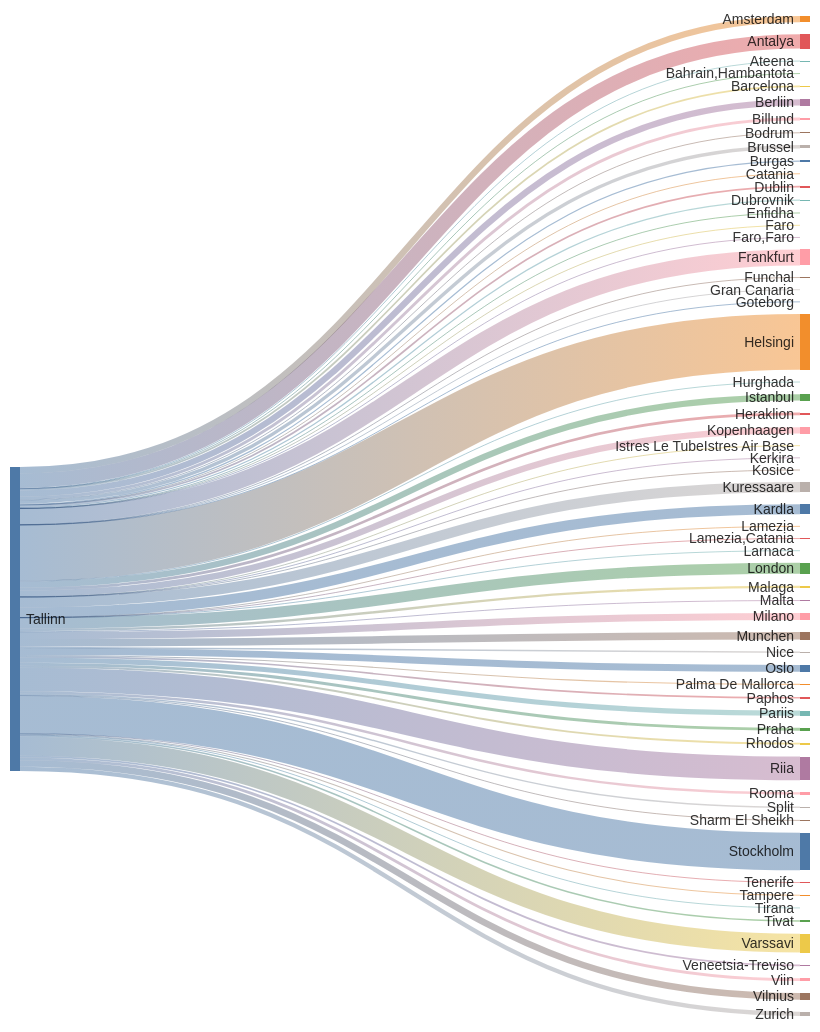
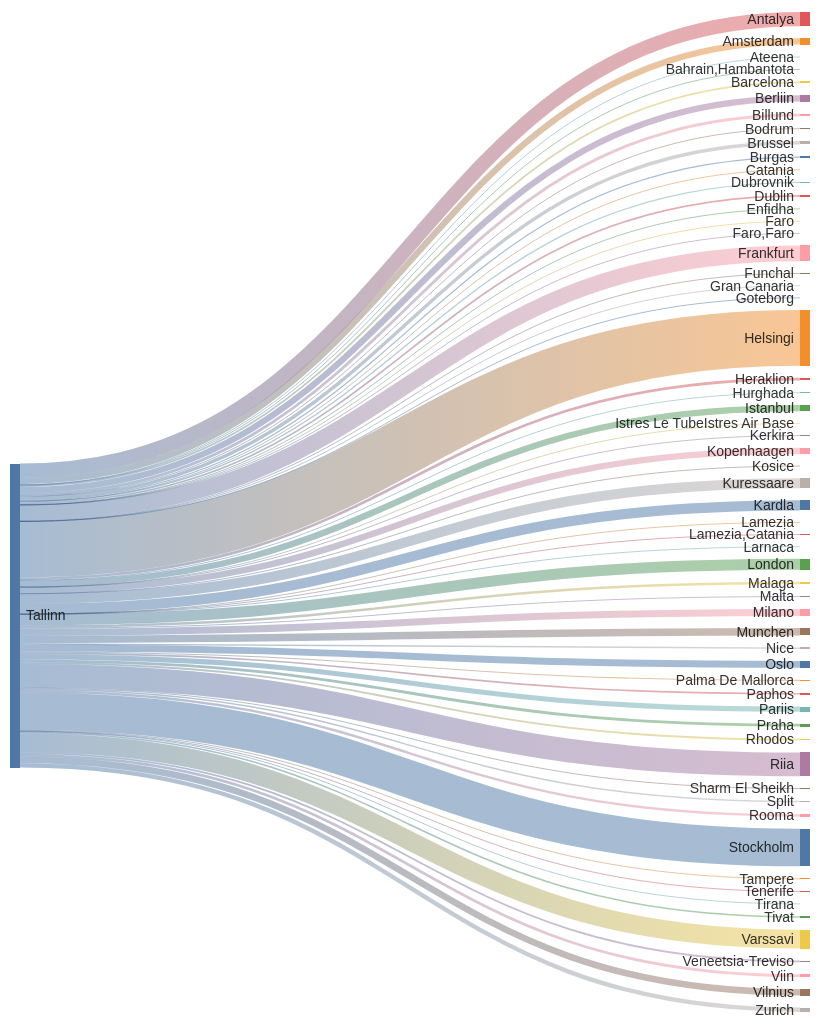
The second of 2 diagrams in README.md (rainermesi/tll-airport-departures), drawn with Mermaid before and after one commit. The commit also changed other lines of this file, not shown here.

````diff
--- a/README.md
+++ b/README.md
@@ -34,72 +34,72 @@
 ```mermaid
 ---
 config:
   sankey:
     showValues: false
     width: 800
     height: 1000
 ---
 sankey-beta
 %% source,target,value
-Tallinn,Amsterdam,106
-Tallinn,Antalya,243
+Tallinn,Amsterdam,107
+Tallinn,Antalya,244
 Tallinn,Ateena,16
 Tallinn,"Bahrain,Hambantota",1
-Tallinn,Barcelona,29
-Tallinn,Berliin,106
+Tallinn,Barcelona,30
+Tallinn,Berliin,107
 Tallinn,Billund,49
 Tallinn,Bodrum,11
-Tallinn,Brussel,57
+Tallinn,Brussel,58
 Tallinn,Burgas,21
 Tallinn,Catania,2
 Tallinn,Dublin,29
 Tallinn,Dubrovnik,21
 Tallinn,Enfidha,7
 Tallinn,Faro,4
 Tallinn,"Faro,Faro",1
-Tallinn,Frankfurt,270
+Tallinn,Frankfurt,273
 Tallinn,Funchal,3
-Tallinn,Gran Canaria,4
+Tallinn,Gran Canaria,5
 Tallinn,Goteborg,1
-Tallinn,Helsingi,946
+Tallinn,Helsingi,955
 Tallinn,Heraklion,46
-Tallinn,Hurghada,9
-Tallinn,Istanbul,106
+Tallinn,Hurghada,10
+Tallinn,Istanbul,107
 Tallinn,Istres Le TubeIstres Air Base,2
 Tallinn,Kerkira,4
-Tallinn,Kopenhaagen,108
+Tallinn,Kopenhaagen,109
 Tallinn,Kosice,1
-Tallinn,Kuressaare,172
-Tallinn,Kardla,172
+Tallinn,Kuressaare,173
+Tallinn,Kardla,173
 Tallinn,Lamezia,1
 Tallinn,"Lamezia,Catania",3
 Tallinn,Larnaca,4
-Tallinn,London,184
+Tallinn,London,186
 Tallinn,Malaga,41
 Tallinn,Malta,15
-Tallinn,Milano,119
+Tallinn,Milano,120
 Tallinn,Munchen,127
 Tallinn,Nice,25
-Tallinn,Oslo,116
+Tallinn,Oslo,118
 Tallinn,Palma De Mallorca,19
 Tallinn,Paphos,28
-Tallinn,Pariis,87
+Tallinn,Pariis,88
 Tallinn,Praha,49
 Tallinn,Rhodos,32
-Tallinn,Riia,401
-Tallinn,Rooma,41
-Tallinn,Sharm El Sheikh,10
+Tallinn,Riia,405
+Tallinn,Rooma,42
+Tallinn,Sharm El Sheikh,11
 Tallinn,Split,25
-Tallinn,Stockholm,638
+Tallinn,Stockholm,642
 Tallinn,Tampere,17
 Tallinn,Tenerife,6
 Tallinn,Tirana,8
 Tallinn,Tivat,26
-Tallinn,Varssavi,320
-Tallinn,Veneetsia-Treviso,29
+Tallinn,Varssavi,323
+Tallinn,Veneetsia-Treviso,30
 Tallinn,Viin,47
-Tallinn,Vilnius,111
-Tallinn,Zurich,73
+Tallinn,Vilnius,112
+Tallinn,Zurich,74
 
 
 ```
````
